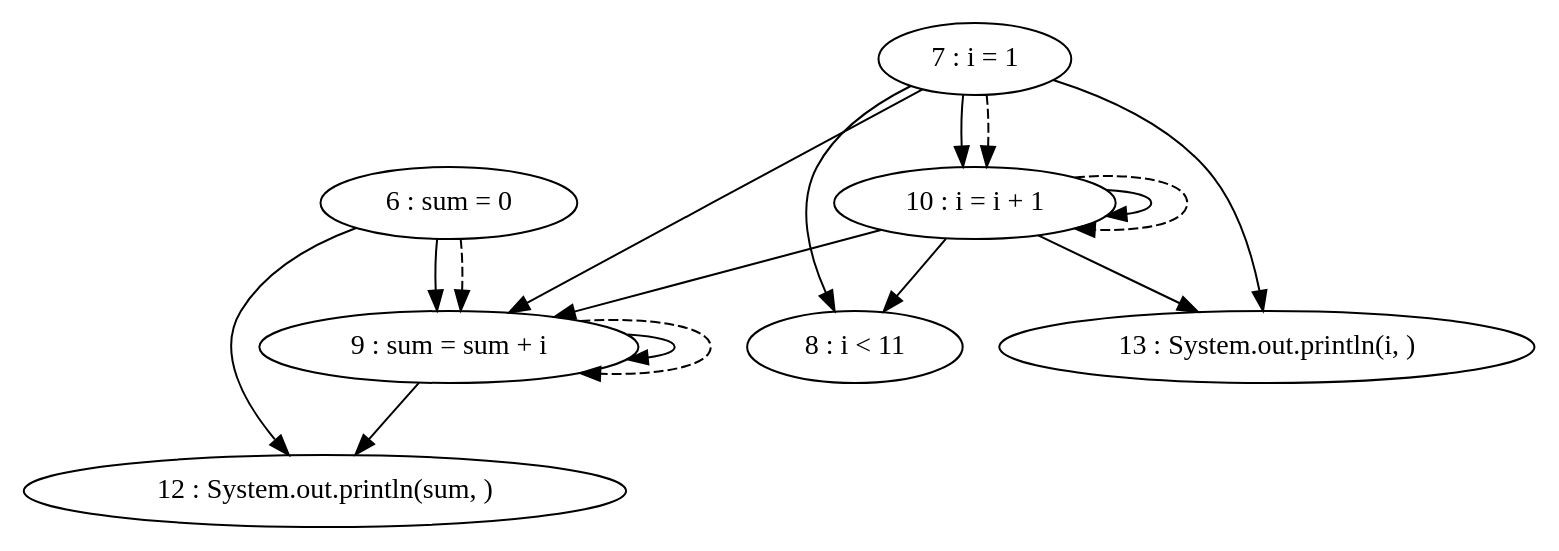
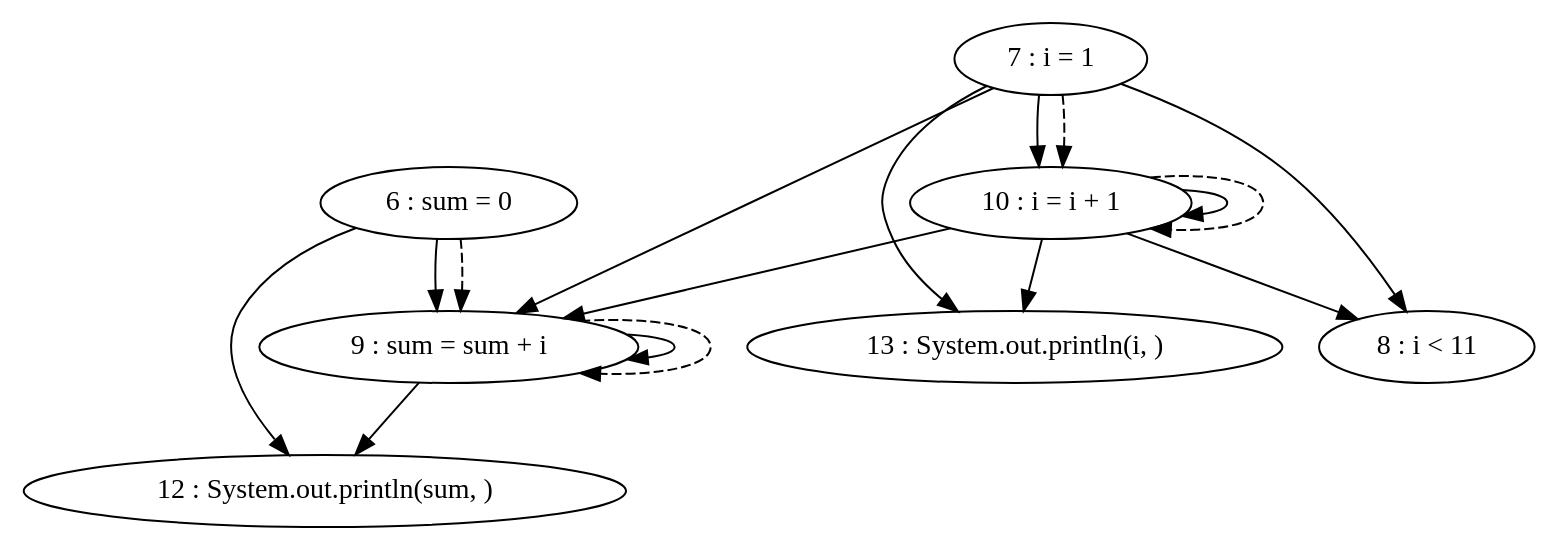
One commit to thomassimko/thesis-code-duplication changed the diagram in pdg/source/PDGSample-print.gv. Above: the diagram before and after it, drawn with Graphviz. The commit also changed other lines of this file and 61 other files, not shown here.

```diff
--- a/pdg/source/PDGSample-print.gv
+++ b/pdg/source/PDGSample-print.gv
@@ -1,26 +1,26 @@
 digraph G {
 "6 : sum = 0"
 "6 : sum = 0" -> "12 : System.out.println(sum, )"
 "6 : sum = 0" -> "9 : sum = sum + i"
 "6 : sum = 0" -> "9 : sum = sum + i" [style=dashed]
 "7 : i = 1"
+"7 : i = 1" -> "8 : i < 11"
 "7 : i = 1" -> "10 : i = i + 1"
 "7 : i = 1" -> "13 : System.out.println(i, )"
-"7 : i = 1" -> "8 : i < 11"
 "7 : i = 1" -> "9 : sum = sum + i"
 "7 : i = 1" -> "10 : i = i + 1" [style=dashed]
 "8 : i < 11"
 "9 : sum = sum + i"
 "9 : sum = sum + i" -> "12 : System.out.println(sum, )"
 "9 : sum = sum + i" -> "9 : sum = sum + i"
 "9 : sum = sum + i" -> "9 : sum = sum + i" [style=dashed]
 "10 : i = i + 1"
+"10 : i = i + 1" -> "8 : i < 11"
 "10 : i = i + 1" -> "10 : i = i + 1"
 "10 : i = i + 1" -> "13 : System.out.println(i, )"
 "10 : i = i + 1" -> "9 : sum = sum + i"
-"10 : i = i + 1" -> "8 : i < 11"
 "10 : i = i + 1" -> "10 : i = i + 1" [style=dashed]
 "8 : i < 11"
 "12 : System.out.println(sum, )"
 "13 : System.out.println(i, )"
 }
```
